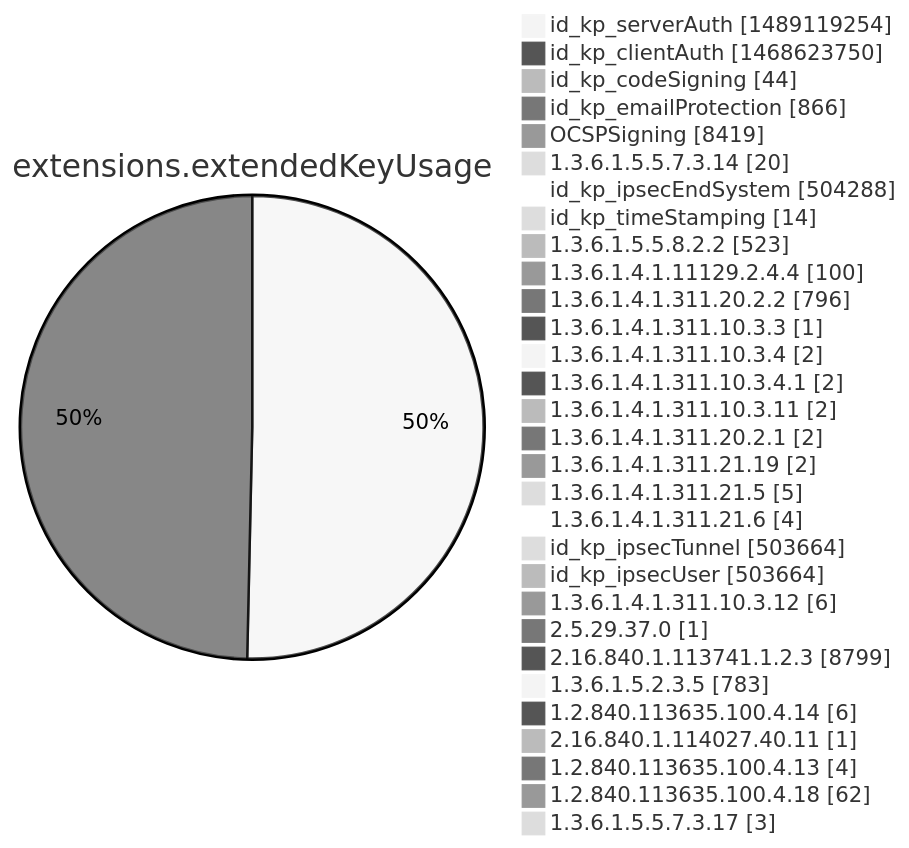
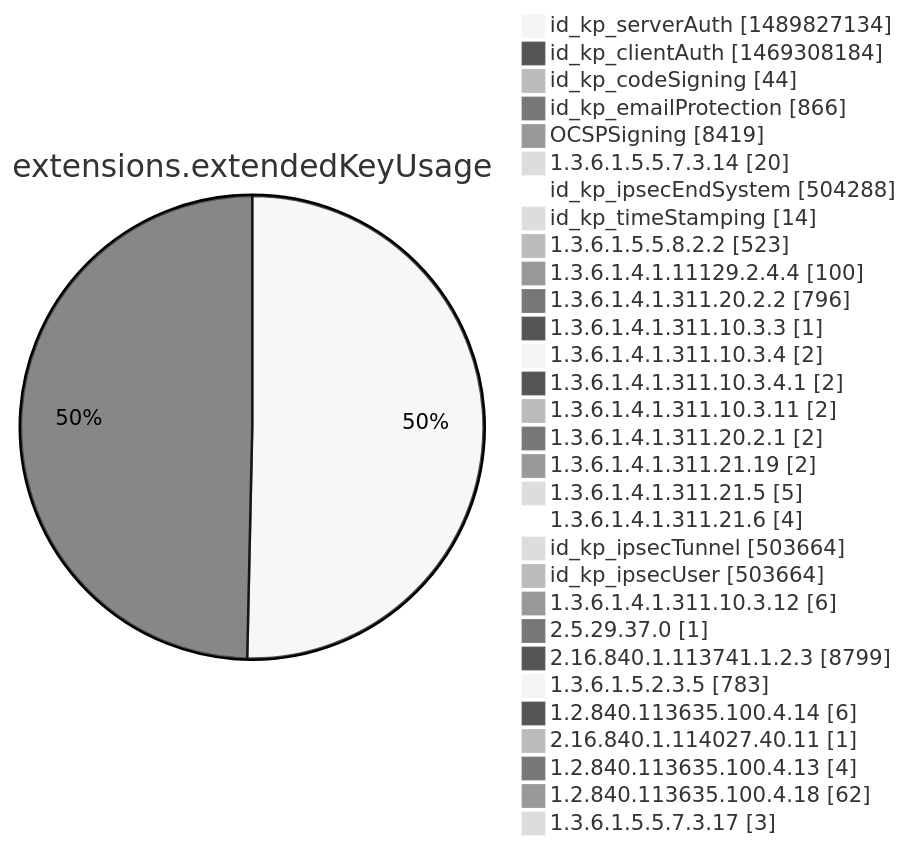
Diagram 12 of 15 in argon2022/README.md (christiankrug/ctmonitor_visualization), drawn with Mermaid (neutral theme) before and after one commit. The commit also changed other lines of this file, not shown here.

````diff
--- a/argon2022/README.md
+++ b/argon2022/README.md
@@ -3555,34 +3555,34 @@
 ```mermaid
 pie showData
 title extensions.extendedKeyUsage
-"id_kp_serverAuth" :1489119254
-"id_kp_clientAuth" :1468623750
+"id_kp_serverAuth" :1489827134
+"id_kp_clientAuth" :1469308184
 "id_kp_codeSigning" :44
 "id_kp_emailProtection" :866
 "OCSPSigning" :8419
 "1.3.6.1.5.5.7.3.14" :20
 "id_kp_ipsecEndSystem" :504288
 "id_kp_timeStamping" :14
 "1.3.6.1.5.5.8.2.2" :523
 "1.3.6.1.4.1.11129.2.4.4" :100
 "1.3.6.1.4.1.311.20.2.2" :796
 "1.3.6.1.4.1.311.10.3.3" :1
 "1.3.6.1.4.1.311.10.3.4" :2
 "1.3.6.1.4.1.311.10.3.4.1" :2
 "1.3.6.1.4.1.311.10.3.11" :2
 "1.3.6.1.4.1.311.20.2.1" :2
 "1.3.6.1.4.1.311.21.19" :2
 "1.3.6.1.4.1.311.21.5" :5
 "1.3.6.1.4.1.311.21.6" :4
 "id_kp_ipsecTunnel" :503664
 "id_kp_ipsecUser" :503664
 "1.3.6.1.4.1.311.10.3.12" :6
 "2.5.29.37.0" :1
 "2.16.840.1.113741.1.2.3" :8799
 "1.3.6.1.5.2.3.5" :783
 "1.2.840.113635.100.4.14" :6
 "2.16.840.1.114027.40.11" :1
 "1.2.840.113635.100.4.13" :4
 "1.2.840.113635.100.4.18" :62
 "1.3.6.1.5.5.7.3.17" :3
 ```
````
